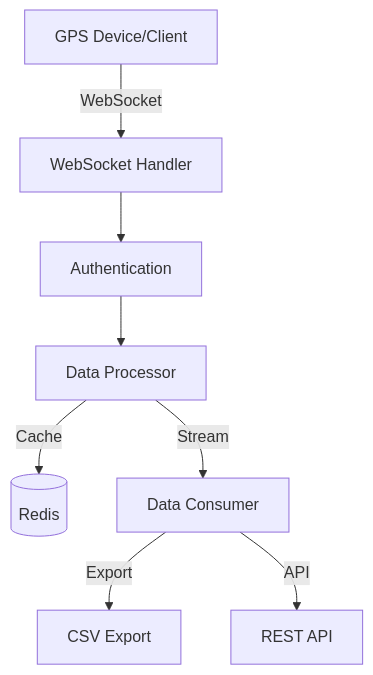
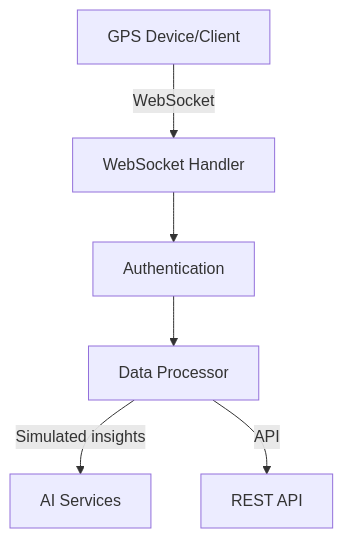
The diagram in README.md (TheG1024/Nomad), drawn with Mermaid before and after one commit. The commit also changed other lines of this file and 46 other files, not shown here.

````diff
--- a/README.md
+++ b/README.md
@@ -7,10 +7,8 @@
 ```mermaid
 graph TD
     Client[GPS Device/Client] -->|WebSocket| WS[WebSocket Handler]
     WS --> Auth[Authentication]
     Auth --> Processor[Data Processor]
-    Processor -->|Cache| Redis[(Redis)]
-    Processor -->|Stream| Consumer[Data Consumer]
-    Consumer -->|Export| CSV[CSV Export]
-    Consumer -->|API| REST[REST API]
+    Processor -->|Simulated insights| AI[AI Services]
+    Processor -->|API| REST[REST API]
 ```
````
